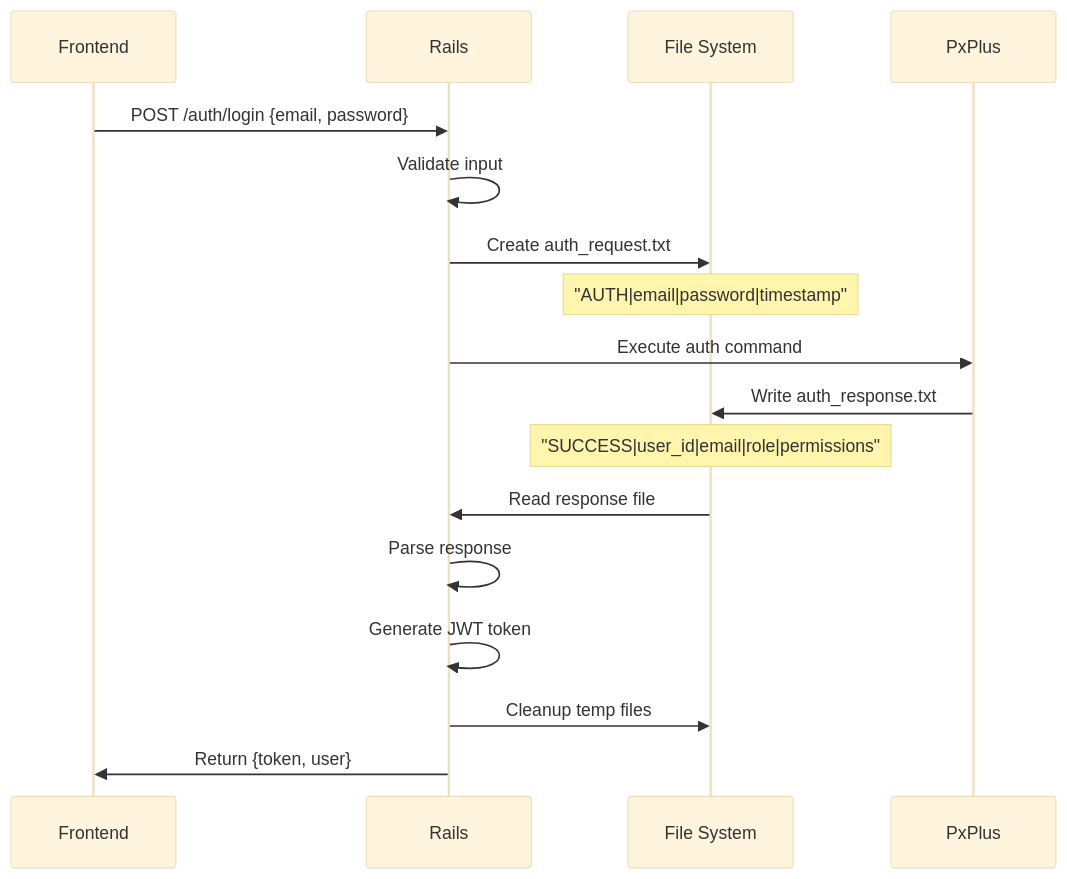
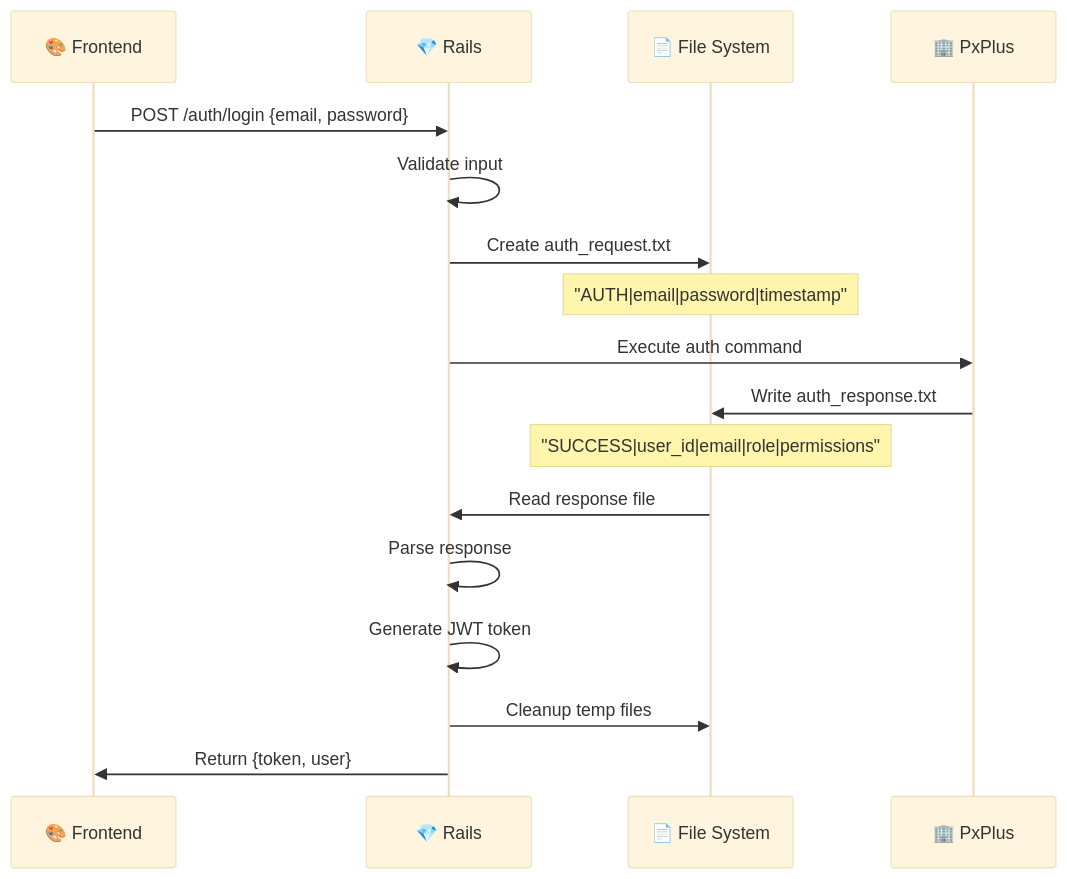
Before and after one commit to miguelfiguera/Propuesta-web-mariano: the second of 5 diagrams in diagramas/flujo-pxplus.md, drawn with Mermaid (base theme). The commit also changed other lines of this file and 3 other files, not shown here.

First line of the commit message:
Consolidate documentation and finalize Mermaid diagrams

````diff
--- a/diagramas/flujo-pxplus.md
+++ b/diagramas/flujo-pxplus.md
@@ -40,20 +40,20 @@
 ```mermaid
 sequenceDiagram
-    participant F as Frontend
-    participant R as Rails
-    participant FS as File System
-    participant P as PxPlus
+    participant F as 🎨 Frontend
+    participant R as 💎 Rails
+    participant FS as 📄 File System
+    participant P as 🏢 PxPlus
     
     F->>R: POST /auth/login {email, password}
     R->>R: Validate input
     R->>FS: Create auth_request.txt
     Note over FS: "AUTH|email|password|timestamp"
     R->>P: Execute auth command
     P->>FS: Write auth_response.txt
     Note over FS: "SUCCESS|user_id|email|role|permissions"
     FS->>R: Read response file
     R->>R: Parse response
     R->>R: Generate JWT token
     R->>FS: Cleanup temp files
     R->>F: Return {token, user}
 ```
````
